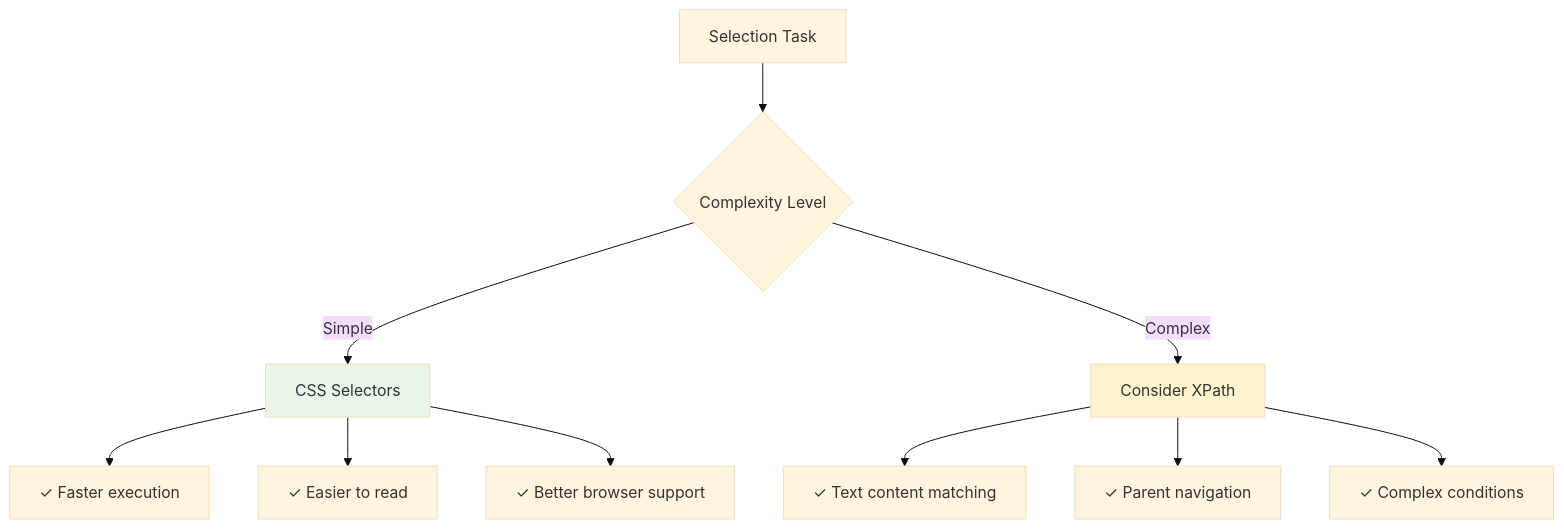
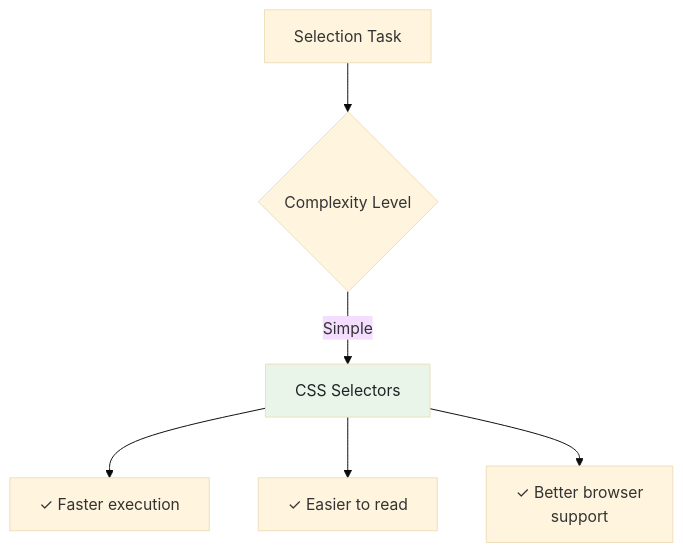
Before and after one commit to bytetunnels/bytetunnels.github.com: the second of 3 diagrams in _posts/2025-05-02-css-selectors-made-simple.md, drawn with Mermaid (base theme). The commit also changed other lines of this file and 118 other files, not shown here.

Commit message:
feat: improve diagram styling and compact wide flowcharts

````diff
--- a/_posts/2025-05-02-css-selectors-made-simple.md
+++ b/_posts/2025-05-02-css-selectors-made-simple.md
@@ -320,19 +320,13 @@
 ```mermaid
 graph TD
     A[Selection Task]
     A --> B{Complexity Level}
 
     B -->|Simple| C[CSS Selectors]
-    B -->|Complex| D[Consider XPath]
 
     C --> C1[✓ Faster execution]
     C --> C2[✓ Easier to read]
-    C --> C3[✓ Better browser support]
+    C --> C3["✓ Better browser<br/>support"]
 
-    D --> D1[✓ Text content matching]
-    D --> D2[✓ Parent navigation]
-    D --> D3[✓ Complex conditions]
-
-    style C fill:#e8f5e8
-    style D fill:#fff3cd
+    style C fill:#e8f5e8,color:#1f2328
 ```
````
